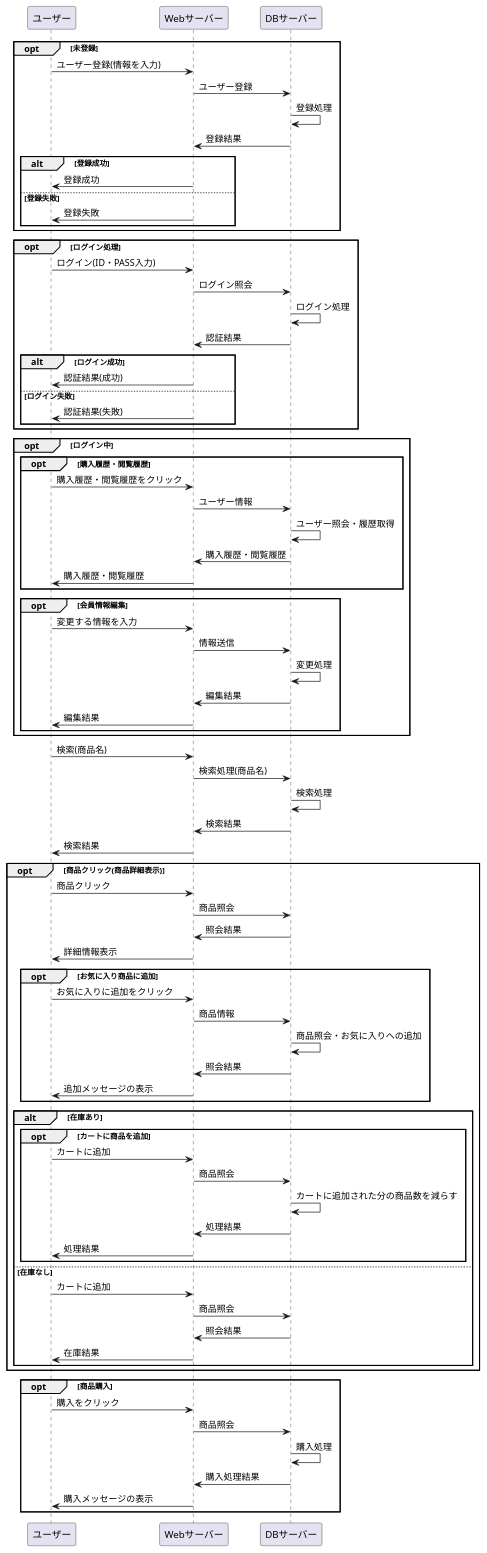
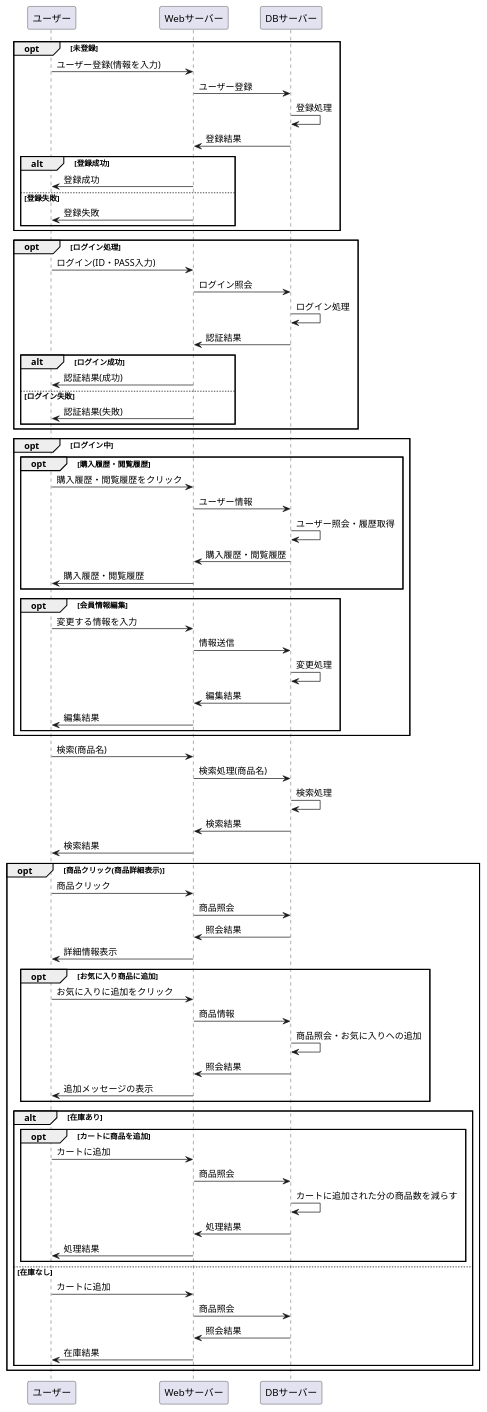
The diagram in システム開発/業務フロー/業務フロー.md (Aso2001163/2021sys-design-2), drawn with PlantUML before and after one commit.

````diff
--- a/システム開発/業務フロー/業務フロー.md
+++ b/システム開発/業務フロー/業務フロー.md
@@ -83,13 +83,7 @@
 end
 end
 
-opt 商品購入
-ユーザー -> Webサーバー : 購入をクリック
-Webサーバー -> DBサーバー : 商品照会
-DBサーバー -> DBサーバー : 購入処理
-DBサーバー -> Webサーバー : 購入処理結果
-Webサーバー -> ユーザー : 購入メッセージの表示
-end
+
 
 @enduml
 ```
````
